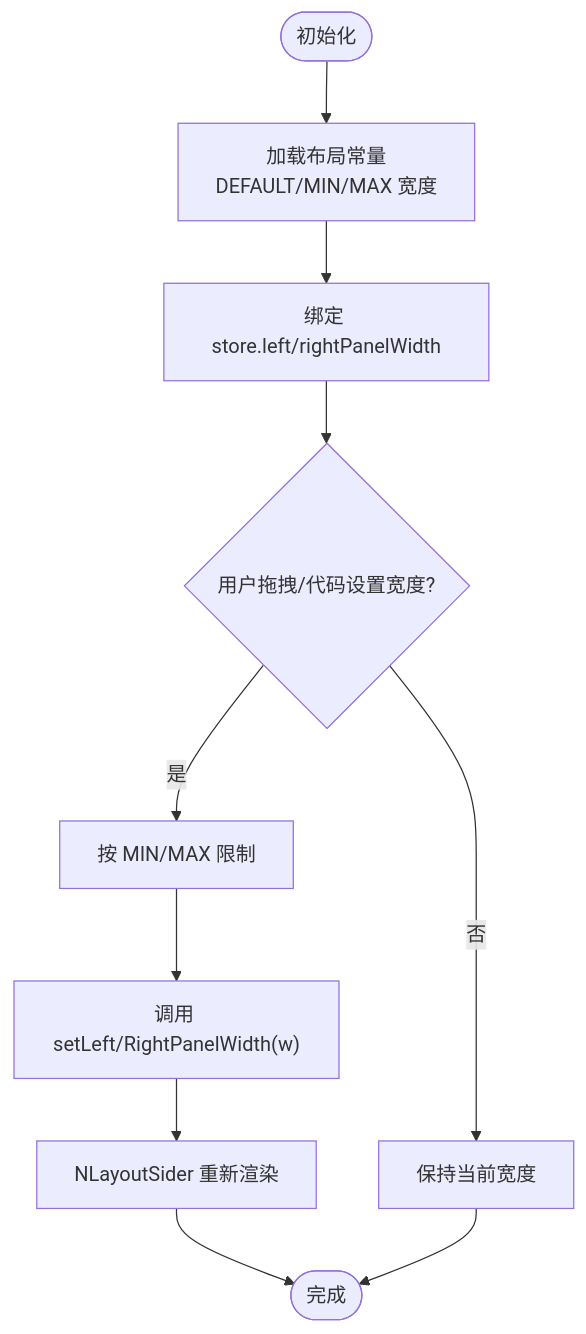
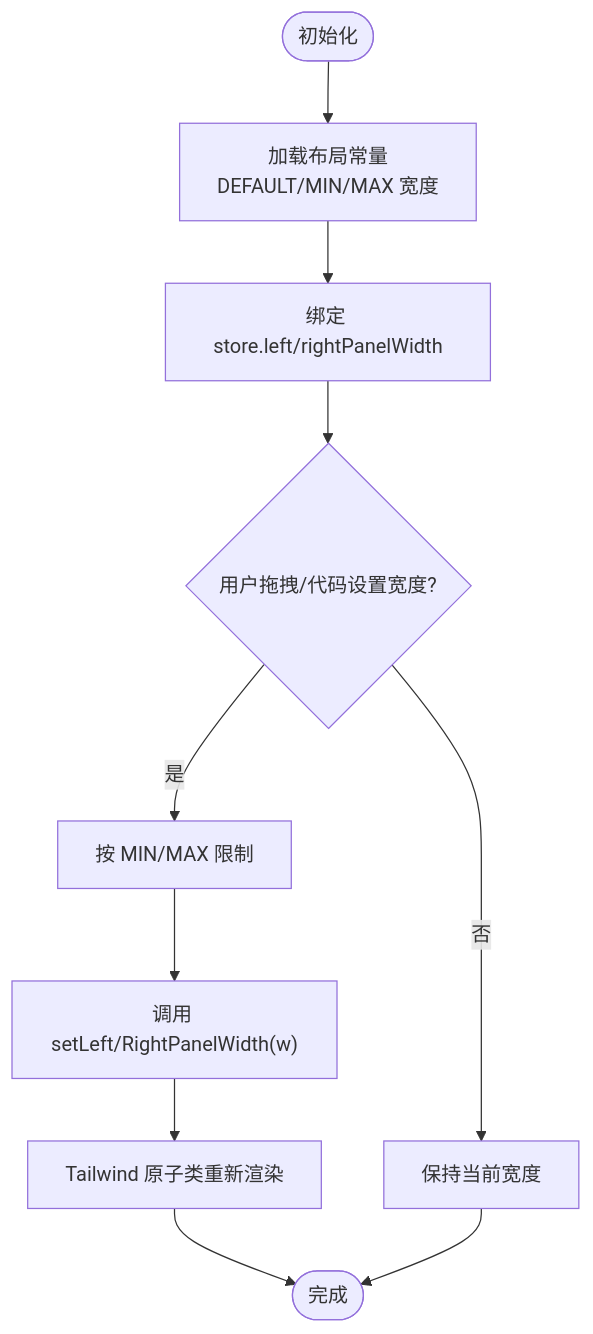
The fourth of 7 diagrams in .qoder/repowiki/zh/content/用户界面/用户界面.md (taoweidong/Hello-Tauri), drawn with Mermaid before and after one commit. The commit also changed other lines of this file and 119 other files, not shown here.

````diff
--- a/.qoder/repowiki/zh/content/用户界面/用户界面.md
+++ b/.qoder/repowiki/zh/content/用户界面/用户界面.md
@@ -143,12 +208,12 @@
 ```mermaid
 flowchart TD
 Start(["初始化"]) --> LoadCfg["加载布局常量<br/>DEFAULT/MIN/MAX 宽度"]
 LoadCfg --> BindStore["绑定 store.left/rightPanelWidth"]
 BindStore --> UserResize{"用户拖拽/代码设置宽度?"}
 UserResize --> |是| Clamp["按 MIN/MAX 限制"]
 Clamp --> UpdateStore["调用 setLeft/RightPanelWidth(w)"]
-UpdateStore --> ReRender["NLayoutSider 重新渲染"]
+UpdateStore --> ReRender["Tailwind 原子类重新渲染"]
 UserResize --> |否| Idle["保持当前宽度"]
 ReRender --> End(["完成"])
 Idle --> End
 ```
````
